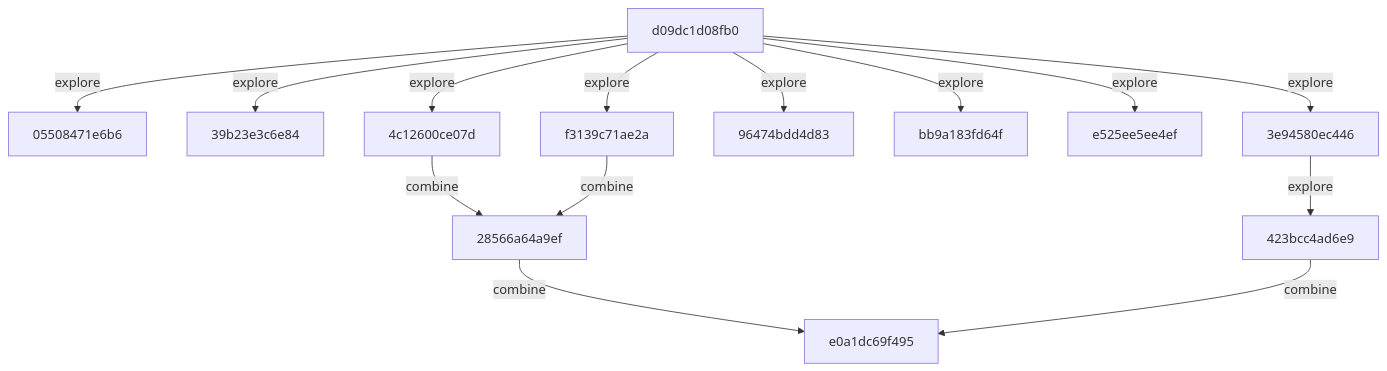
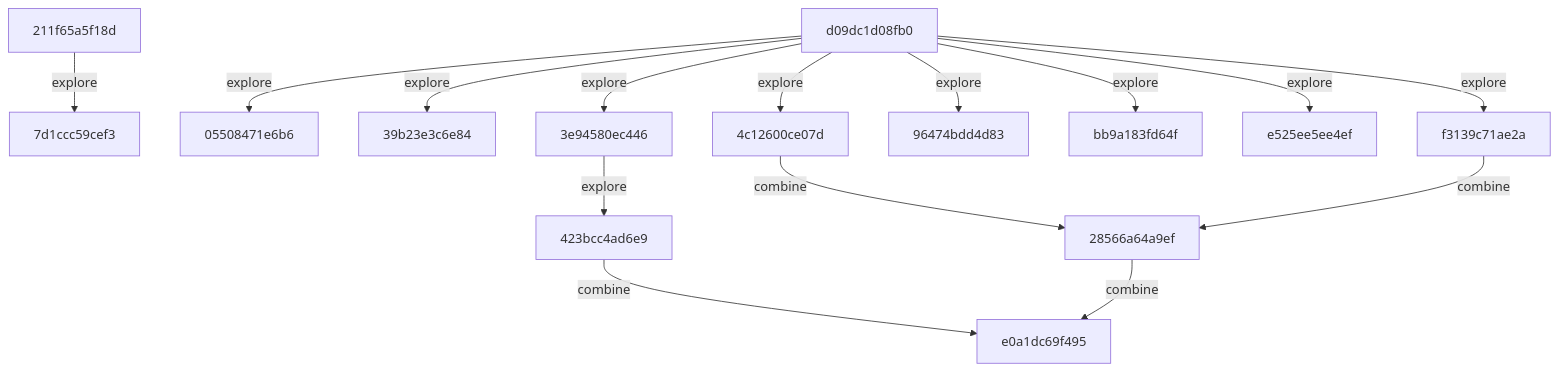
One commit to timbtz/feyer-search-lab changed the diagram in README.md. Above: the diagram before and after it, drawn with Mermaid. The commit also changed other lines of this file and 1 other file, not shown here.

Commit message:
research: timbtz

````diff
--- a/README.md
+++ b/README.md
@@ -23,28 +23,31 @@
 ```mermaid
 graph TD
   c0["05508471e6b6"]
-  c1["28566a64a9ef"]
-  c2["39b23e3c6e84"]
-  c3["3e94580ec446"]
-  c4["423bcc4ad6e9"]
-  c5["4c12600ce07d"]
-  c6["96474bdd4d83"]
-  c7["bb9a183fd64f"]
-  c8["d09dc1d08fb0"]
-  c9["e0a1dc69f495"]
-  c10["e525ee5ee4ef"]
-  c11["f3139c71ae2a"]
-  c1 -->|combine| c9
-  c3 -->|explore| c4
-  c4 -->|combine| c9
-  c5 -->|combine| c1
-  c8 -->|explore| c0
-  c8 -->|explore| c2
-  c8 -->|explore| c3
-  c8 -->|explore| c5
-  c8 -->|explore| c6
-  c8 -->|explore| c7
-  c8 -->|explore| c10
-  c8 -->|explore| c11
-  c11 -->|combine| c1
+  c1["211f65a5f18d"]
+  c2["28566a64a9ef"]
+  c3["39b23e3c6e84"]
+  c4["3e94580ec446"]
+  c5["423bcc4ad6e9"]
+  c6["4c12600ce07d"]
+  c7["7d1ccc59cef3"]
+  c8["96474bdd4d83"]
+  c9["bb9a183fd64f"]
+  c10["d09dc1d08fb0"]
+  c11["e0a1dc69f495"]
+  c12["e525ee5ee4ef"]
+  c13["f3139c71ae2a"]
+  c1 -->|explore| c7
+  c2 -->|combine| c11
+  c4 -->|explore| c5
+  c5 -->|combine| c11
+  c6 -->|combine| c2
+  c10 -->|explore| c0
+  c10 -->|explore| c3
+  c10 -->|explore| c4
+  c10 -->|explore| c6
+  c10 -->|explore| c8
+  c10 -->|explore| c9
+  c10 -->|explore| c12
+  c10 -->|explore| c13
+  c13 -->|combine| c2
 ```
````
